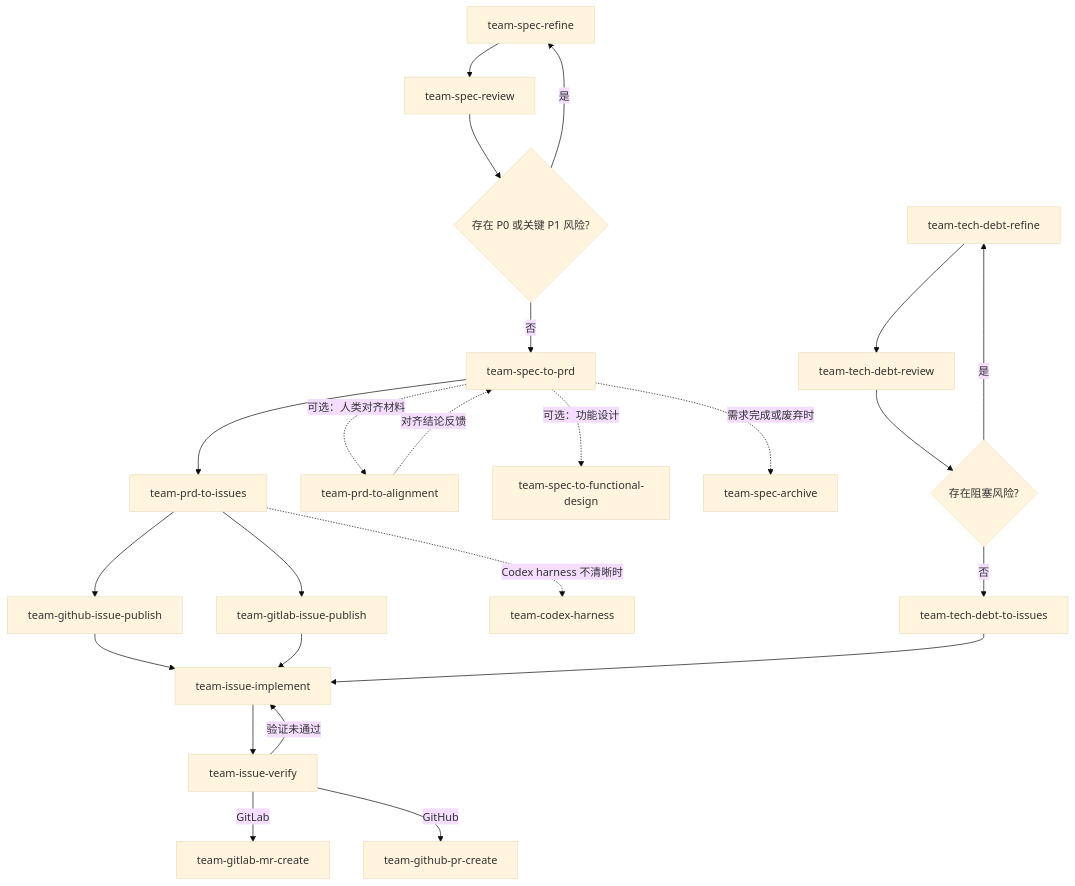
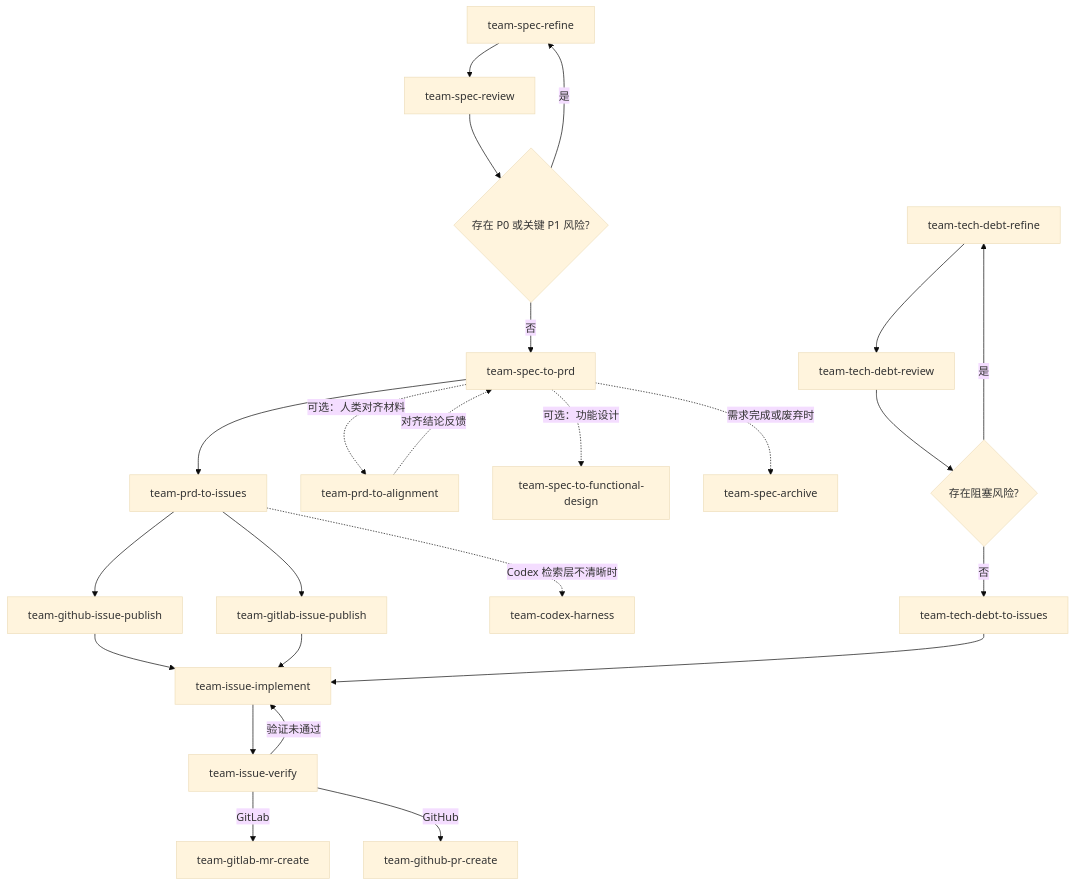
The diagram in README.md (coolbeevip/team-ai-skills), drawn with Mermaid (base theme) before and after one commit. The commit also changed other lines of this file and 4 other files, not shown here.

Commit message:
docs: update references from Agent Harness to Codex Harness in documentation

````diff
--- a/README.md
+++ b/README.md
@@ -69,27 +69,27 @@
 ```mermaid
 flowchart TD
     A[team-spec-refine] --> B[team-spec-review]
     B --> C{存在 P0 或关键 P1 风险?}
     C -- 是 --> A
     C -- 否 --> D[team-spec-to-prd]
     D --> F[team-prd-to-issues]
     D -. 可选：人类对齐材料 .-> H[team-prd-to-alignment]
     H -. 对齐结论反馈 .-> D
     D -. 可选：功能设计 .-> R[team-spec-to-functional-design]
     F --> N[team-github-issue-publish]
     F --> O[team-gitlab-issue-publish]
-    F -. Codex harness 不清晰时 .-> T[team-codex-harness]
+    F -. Codex 检索层不清晰时 .-> T[team-codex-harness]
     N --> G[team-issue-implement]
     O --> G
     G --> I[team-issue-verify]
     I -- 验证未通过 --> G
     I -- GitLab --> P[team-gitlab-mr-create]
     I -- GitHub --> Q[team-github-pr-create]
     D -. 需求完成或废弃时 .-> S[team-spec-archive]
 
     J[team-tech-debt-refine] --> K[team-tech-debt-review]
     K --> L{存在阻塞风险?}
     L -- 是 --> J
     L -- 否 --> M[team-tech-debt-to-issues]
     M --> G
 ```
````
